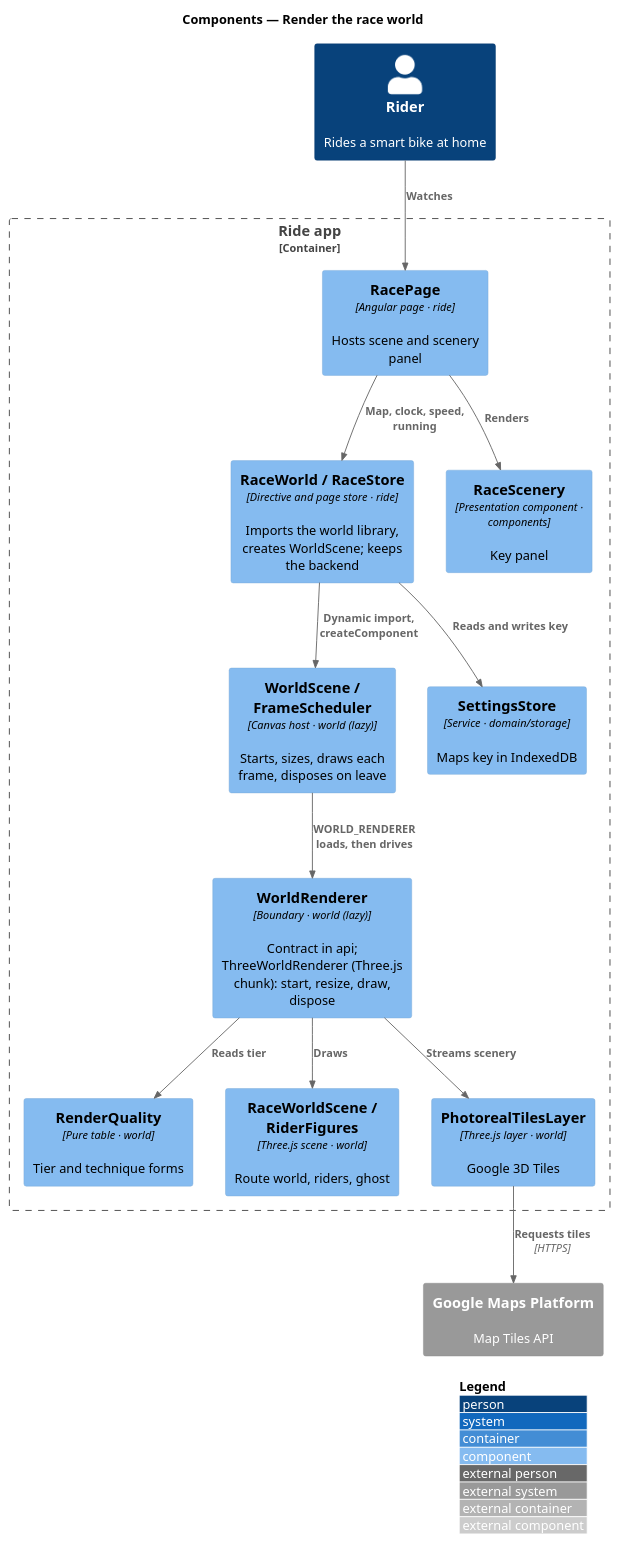
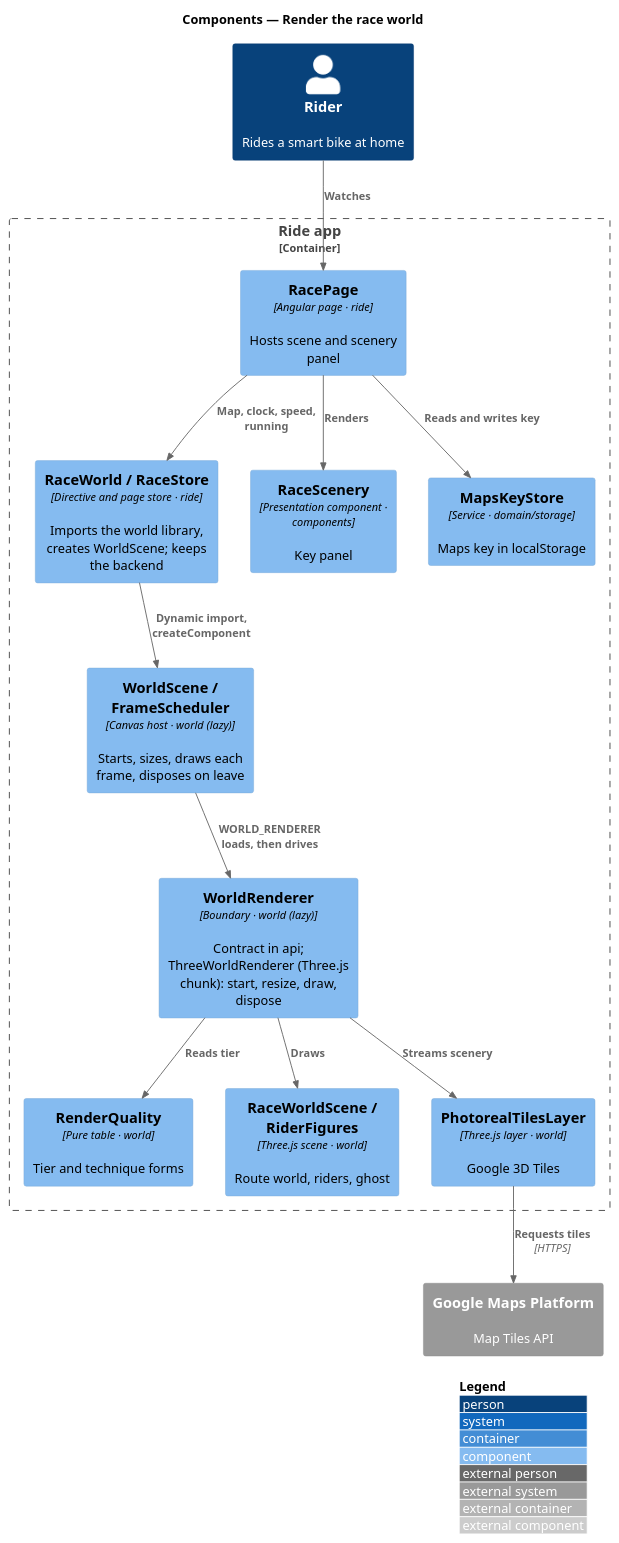
The diagram in docs/detailed-designs/race/render-the-race-world/diagrams/c4-component.puml (QuinntyneBrown/ride-one), drawn with PlantUML before and after one commit. The commit also changed 21 other files, not shown here.

```diff
--- a/docs/detailed-designs/race/render-the-race-world/diagrams/c4-component.puml
+++ b/docs/detailed-designs/race/render-the-race-world/diagrams/c4-component.puml
@@ -1,28 +1,28 @@
 @startuml
 !include <C4/C4_Component>
 LAYOUT_WITH_LEGEND()
 title Components — Render the race world
 Person(rider, "Rider", "Rides a smart bike at home")
 System_Ext(gmaps, "Google Maps Platform", "Map Tiles API")
 Container_Boundary(app, "Ride app") {
   Component(page, "RacePage", "Angular page · ride", "Hosts scene and scenery panel")
   Component(wstore, "RaceWorld / RaceStore", "Directive and page store · ride", "Imports the world library, creates WorldScene; keeps the backend")
   Component(scene, "RaceScenery", "Presentation component · components", "Key panel")
   Component(host, "WorldScene / FrameScheduler", "Canvas host · world (lazy)", "Starts, sizes, draws each frame, disposes on leave")
-  Component(settings, "SettingsStore", "Service · domain/storage", "Maps key in IndexedDB")
+  Component(settings, "MapsKeyStore", "Service · domain/storage", "Maps key in localStorage")
   Component(renderer, "WorldRenderer", "Boundary · world (lazy)", "Contract in api; ThreeWorldRenderer (Three.js chunk): start, resize, draw, dispose")
   Component(quality, "RenderQuality", "Pure table · world", "Tier and technique forms")
   Component(rscene, "RaceWorldScene / RiderFigures", "Three.js scene · world", "Route world, riders, ghost")
   Component(tiles, "PhotorealTilesLayer", "Three.js layer · world", "Google 3D Tiles")
 }
 Rel(rider, page, "Watches")
 Rel(page, wstore, "Map, clock, speed, running")
 Rel(page, scene, "Renders")
 Rel(wstore, host, "Dynamic import, createComponent")
 Rel(host, renderer, "WORLD_RENDERER loads, then drives")
-Rel(wstore, settings, "Reads and writes key")
+Rel(page, settings, "Reads and writes key")
 Rel(renderer, quality, "Reads tier")
 Rel(renderer, rscene, "Draws")
 Rel(renderer, tiles, "Streams scenery")
 Rel(tiles, gmaps, "Requests tiles", "HTTPS")
 @enduml
```
